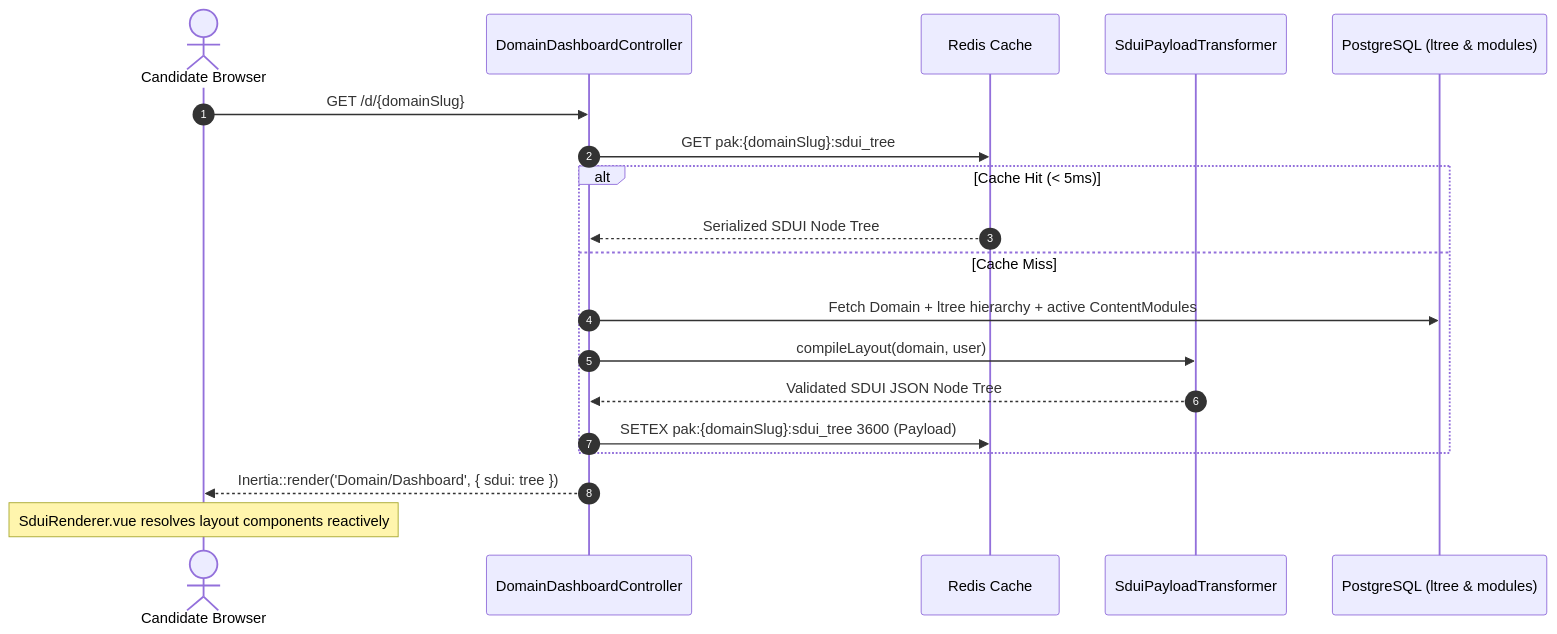
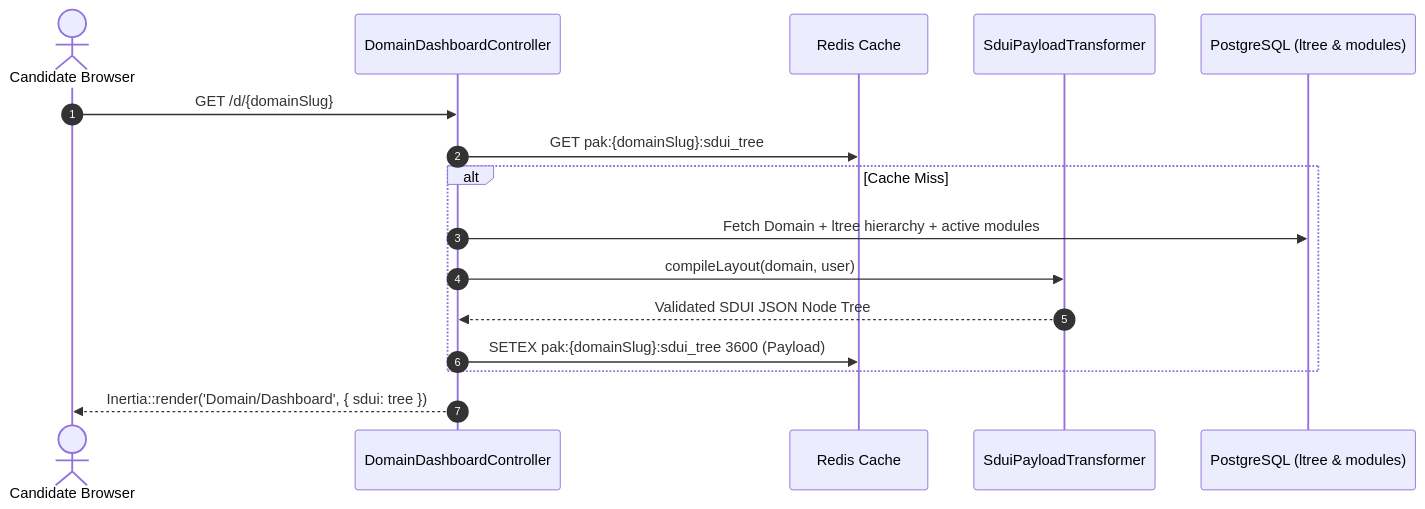
The third of 4 diagrams in .agent/ARCHITECTURE.md (MuhammadDevPk/Pak-All-Tests), drawn with Mermaid before and after one commit. The commit also changed other lines of this file and 2 other files, not shown here.

````diff
--- a/.agent/ARCHITECTURE.md
+++ b/.agent/ARCHITECTURE.md
@@ -317,22 +179,19 @@
 ```mermaid
 sequenceDiagram
     autonumber
     actor Browser as Candidate Browser
     participant Ctrl as DomainDashboardController
     participant Redis as Redis Cache
     participant Engine as SduiPayloadTransformer
     participant DB as PostgreSQL (ltree & modules)
 
     Browser->>Ctrl: GET /d/{domainSlug}
     Ctrl->>Redis: GET pak:{domainSlug}:sdui_tree
-    alt Cache Hit (< 5ms)
-        Redis-->>Ctrl: Serialized SDUI Node Tree
-    else Cache Miss
-        Ctrl->>DB: Fetch Domain + ltree hierarchy + active ContentModules
+    alt Cache Miss
+        Ctrl->>DB: Fetch Domain + ltree hierarchy + active modules
         Ctrl->>Engine: compileLayout(domain, user)
         Engine-->>Ctrl: Validated SDUI JSON Node Tree
         Ctrl->>Redis: SETEX pak:{domainSlug}:sdui_tree 3600 (Payload)
     end
     Ctrl-->>Browser: Inertia::render('Domain/Dashboard', { sdui: tree })
-    Note over Browser: SduiRenderer.vue resolves layout components reactively
 ```
````
